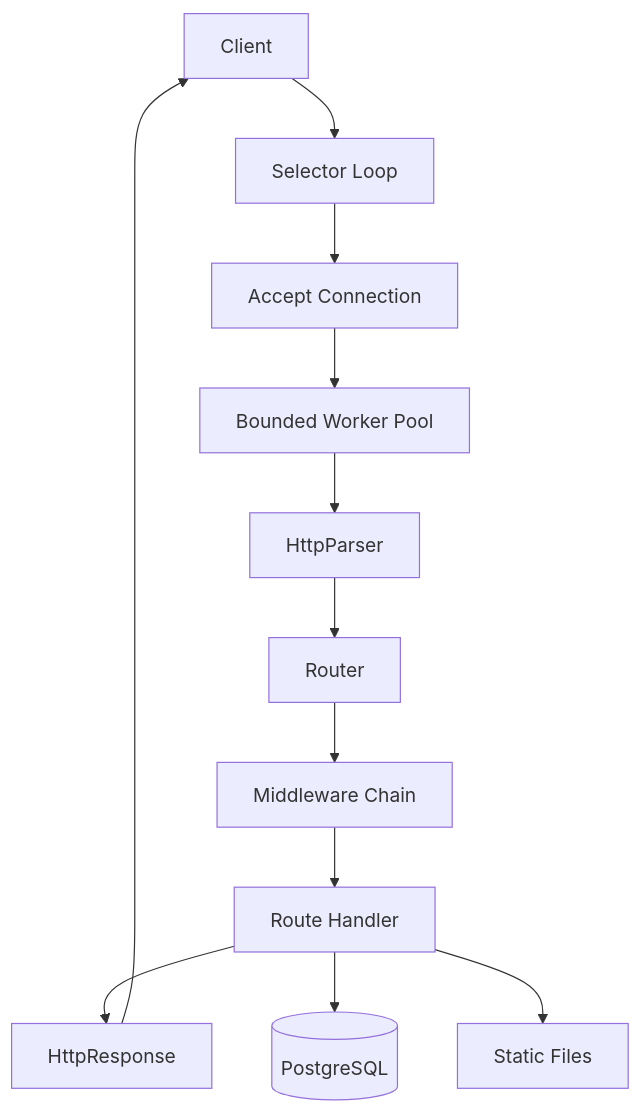
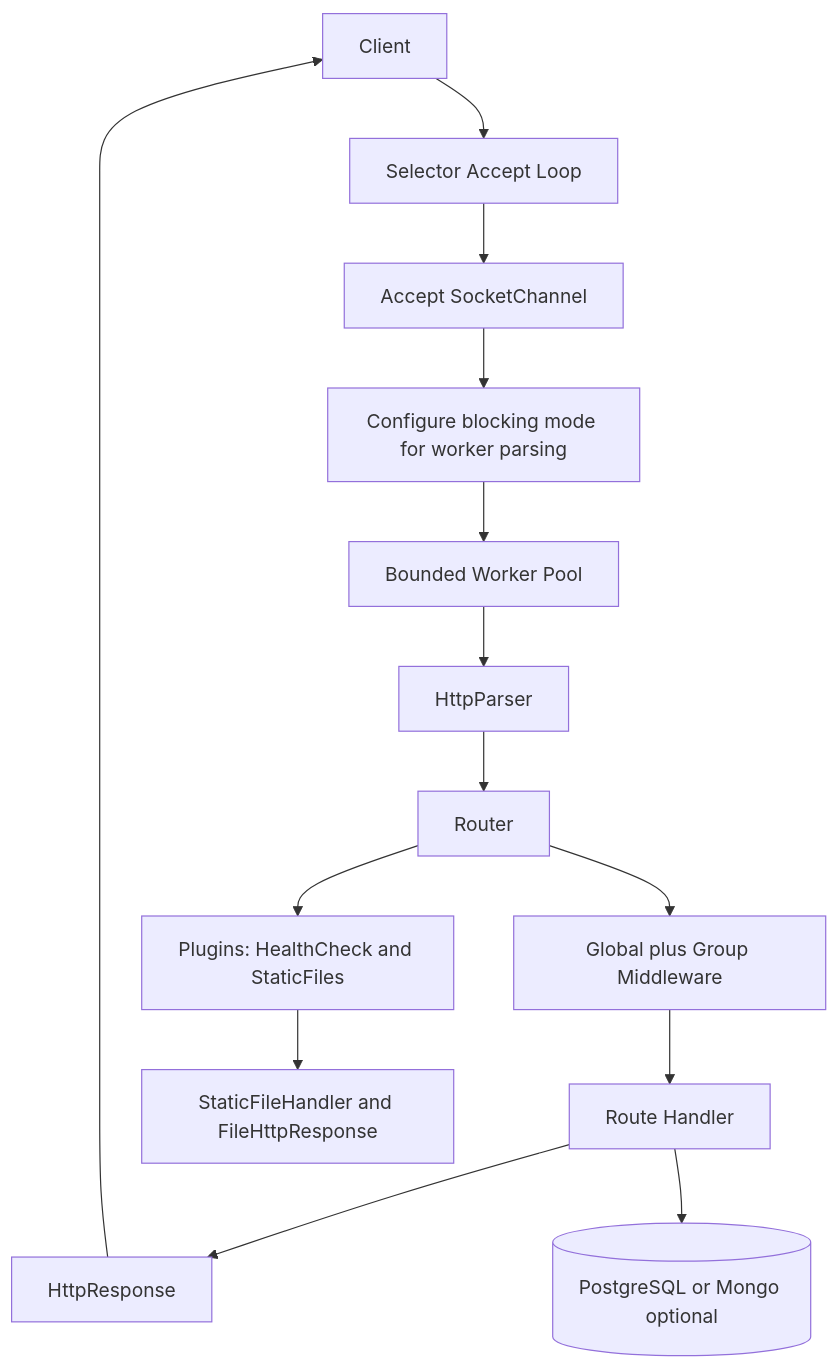
Before and after one commit to jhanvi857/coreHTTP: the first of 2 diagrams in README.md, drawn with Mermaid. The commit also changed other lines of this file and 4 other files, not shown here.

````diff
--- a/README.md
+++ b/README.md
@@ -210,15 +251,17 @@
 ```mermaid
 graph TD
-    C[Client] --> S[Selector Loop]
-    S --> A[Accept Connection]
-    A --> P[Bounded Worker Pool]
-    P --> HP[HttpParser]
-    HP --> R[Router]
-    R --> MW[Middleware Chain]
+    C[Client] --> SEL[Selector Accept Loop]
+    SEL --> ACC[Accept SocketChannel]
+    ACC --> BLK[Configure blocking mode for worker parsing]
+    BLK --> WP[Bounded Worker Pool]
+    WP --> HP[HttpParser]
+    HP --> RT[Router]
+    RT --> MW[Global plus Group Middleware]
     MW --> H[Route Handler]
-    H --> RES[HttpResponse]
-    RES --> C
+    H --> RESP[HttpResponse]
+    RESP --> C
 
-    H --> DB[(PostgreSQL)]
-    H --> FS[Static Files]
+    H --> DB[(PostgreSQL or Mongo optional)]
+    RT --> PLG[Plugins: HealthCheck and StaticFiles]
+    PLG --> FS[StaticFileHandler and FileHttpResponse]
 ```
````
